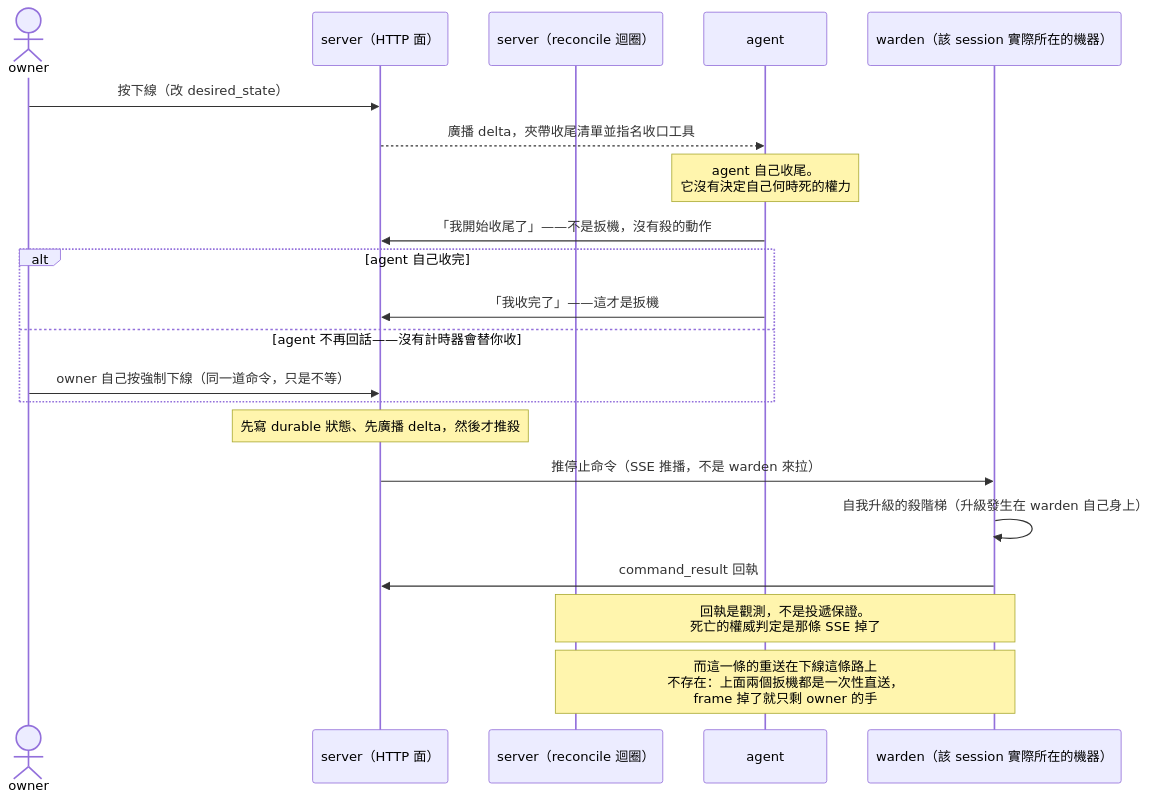
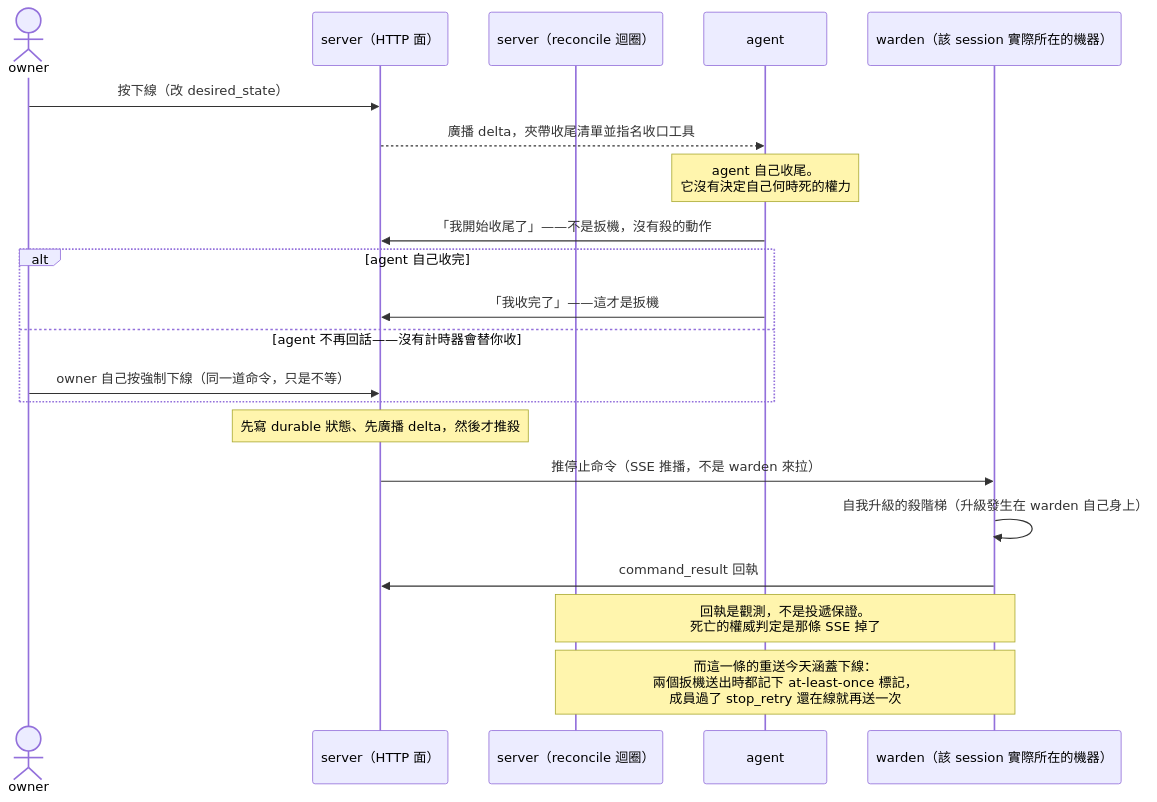
Before and after one commit to pkyosx/OffiCraft: the diagram in docs/design/offboard-flow.md, drawn with Mermaid. The commit also changed other lines of this file and 22 other files, not shown here.

````diff
--- a/docs/design/offboard-flow.md
+++ b/docs/design/offboard-flow.md
@@ -42,28 +42,28 @@
 ```mermaid
 sequenceDiagram
     actor owner
     participant srv as server（HTTP 面）
     participant rec as server（reconcile 迴圈）
     participant agent as agent
     participant w as warden（該 session 實際所在的機器）
 
     owner->>srv: 按下線（改 desired_state）
     srv-->>agent: 廣播 delta，夾帶收尾清單並指名收口工具
     Note over agent: agent 自己收尾。<br/>它沒有決定自己何時死的權力
 
     agent->>srv: 「我開始收尾了」——不是扳機，沒有殺的動作
 
     alt agent 自己收完
         agent->>srv: 「我收完了」——這才是扳機
     else agent 不再回話——沒有計時器會替你收
         owner->>srv: owner 自己按強制下線（同一道命令，只是不等）
     end
 
     Note over srv: 先寫 durable 狀態、先廣播 delta，然後才推殺
     srv->>w: 推停止命令（SSE 推播，不是 warden 來拉）
     w->>w: 自我升級的殺階梯（升級發生在 warden 自己身上）
     w->>srv: command_result 回執
 
     Note over rec,w: 回執是觀測，不是投遞保證。<br/>死亡的權威判定是那條 SSE 掉了
-    Note over rec,w: 而這一條的重送在下線這條路上<br/>不存在：上面兩個扳機都是一次性直送，<br/>frame 掉了就只剩 owner 的手
+    Note over rec,w: 而這一條的重送今天涵蓋下線：<br/>兩個扳機送出時都記下 at-least-once 標記，<br/>成員過了 stop_retry 還在線就再送一次
 ```
````
